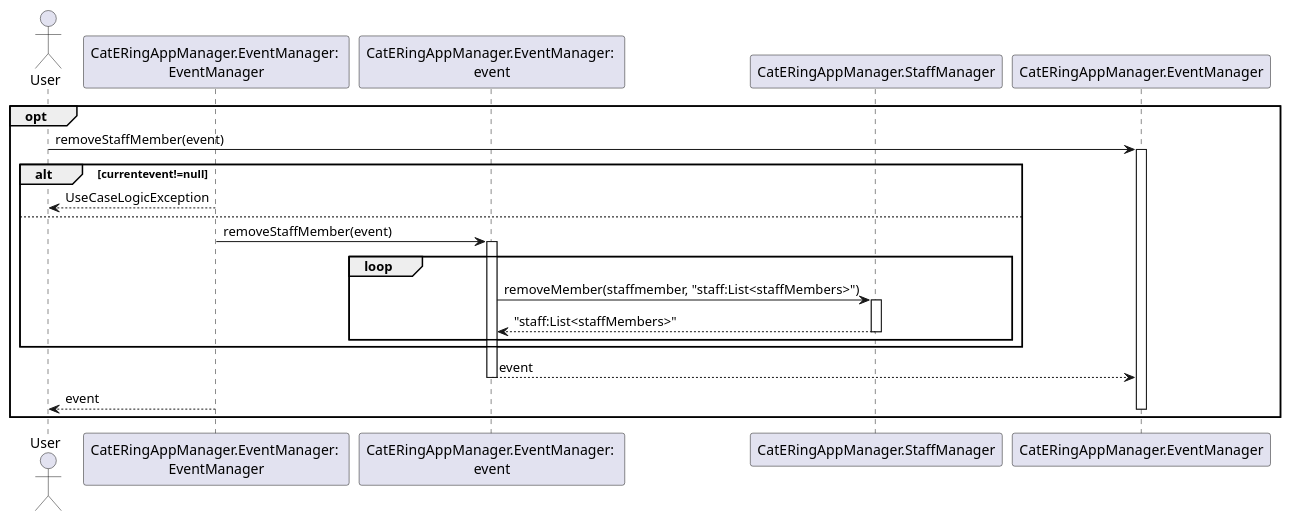
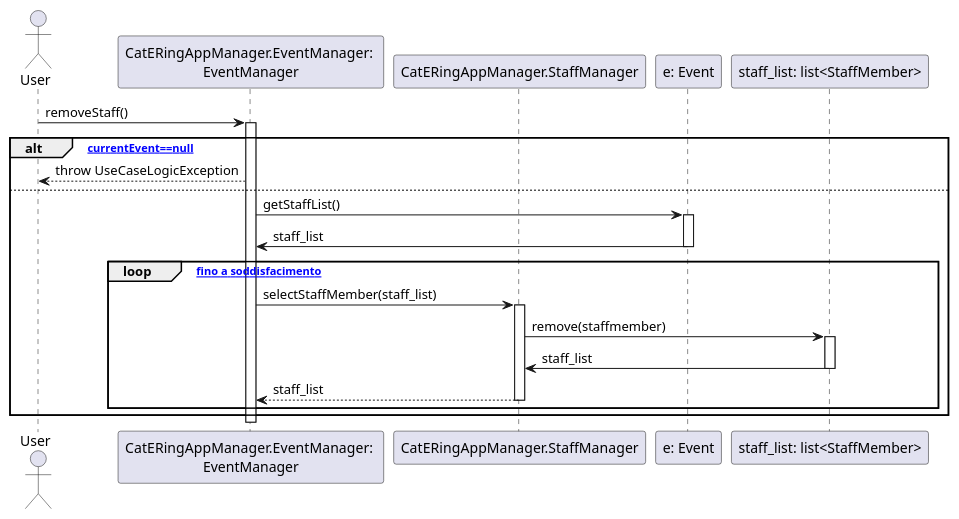
One commit to m0canu1/sas changed the diagram in dsd/dsd-eventi/estensioniEcc/4b-removeStaff.md. Above: the diagram before and after it, drawn with PlantUML. The commit also changed 6 other files, not shown here.

````diff
--- a/dsd/dsd-eventi/estensioniEcc/4b-removeStaff.md
+++ b/dsd/dsd-eventi/estensioniEcc/4b-removeStaff.md
@@ -1,36 +1,32 @@
 ```plantuml
 Actor User
-Participant "CatERingAppManager.EventManager: \nEventManager" as EM 
-Participant "CatERingAppManager.EventManager: \nevent" as E
+Participant "CatERingAppManager.EventManager: \nEventManager" as EM
 Participant "CatERingAppManager.StaffManager" as SM
+Participant "e: Event" as E
 
-opt
-    User -> "CatERingAppManager.EventManager": removeStaffMember(event)
-    Activate "CatERingAppManager.EventManager"
+User -> EM: removeStaff()
+Activate EM
+
+alt [currentEvent==null]
+    EM --> User: throw UseCaseLogicException
+else
+    EM -> E: getStaffList()
+    Activate E
+    E -> EM: staff_list
+    Deactivate E
     
-    alt currentevent!=null
-        EM--> User: UseCaseLogicException
-    else
-        EM-> E: removeStaffMember(event)
-        Activate E
-        loop            
-            E -> SM: removeMember(staffmember, "staff:List<staffMembers>")
-             Activate SM
-
-            SM --> E: "staff:List<staffMembers>"
+    loop ["fino a soddisfacimento"]
+        EM -> SM: selectStaffMember(staff_list)
+        Activate SM
+        
+            SM -> "staff_list: list<StaffMember>": remove(staffmember)
+            Activate "staff_list: list<StaffMember>"
+            "staff_list: list<StaffMember>" -> SM: staff_list
+            Deactivate "staff_list: list<StaffMember>"
+        SM --> EM: staff_list
         Deactivate SM
-       end
-       
-        
-    end
-    Deactivate SM
-    E --> "CatERingAppManager.EventManager": event
-    Deactivate E
-    EM--> User: event
-    Deactivate "CatERingAppManager.EventManager"
+    end    
 end
-
-
-
+Deactivate EM
 
 ```
````
